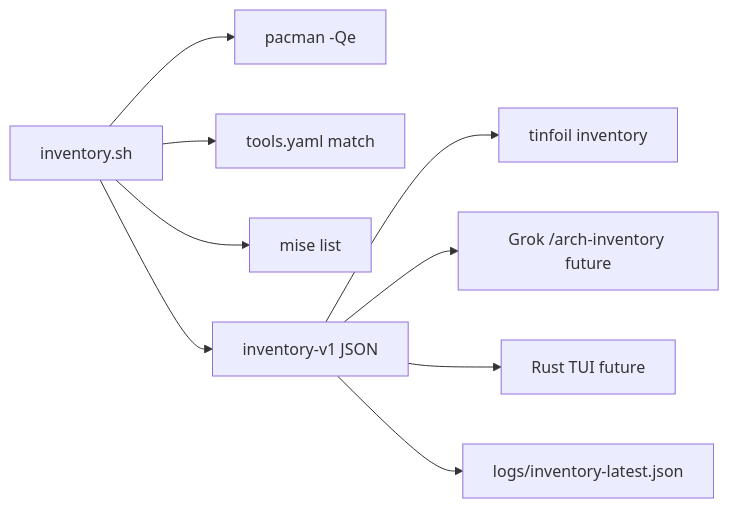
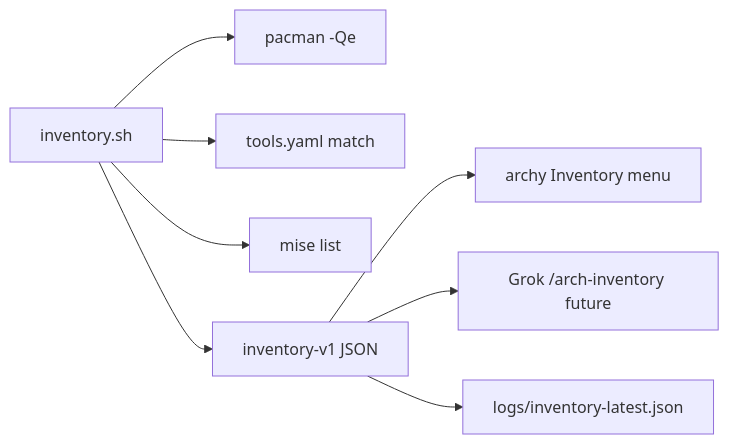
Before and after one commit to p10ns11y/arch-machine: the fifth of 9 diagrams in arch-design/coming-next.md, drawn with Mermaid. The commit also changed other lines of this file and 3 other files, not shown here.

First line of the commit message:
docs: center archy as main controller; demote tinfoil shim

````diff
--- a/arch-design/coming-next.md
+++ b/arch-design/coming-next.md
@@ -146,11 +186,10 @@
 ```mermaid
 flowchart LR
   Collect[inventory.sh] --> Pac[pacman -Qe]
   Collect --> Tools[tools.yaml match]
   Collect --> Mise[mise list]
   Collect --> Bundle[inventory-v1 JSON]
-  Bundle --> CLI[tinfoil inventory]
+  Bundle --> Archy[archy Inventory menu]
   Bundle --> Grok[Grok /arch-inventory future]
-  Bundle --> Rust[Rust TUI future]
   Bundle --> Ev[logs/inventory-latest.json]
 ```
````
